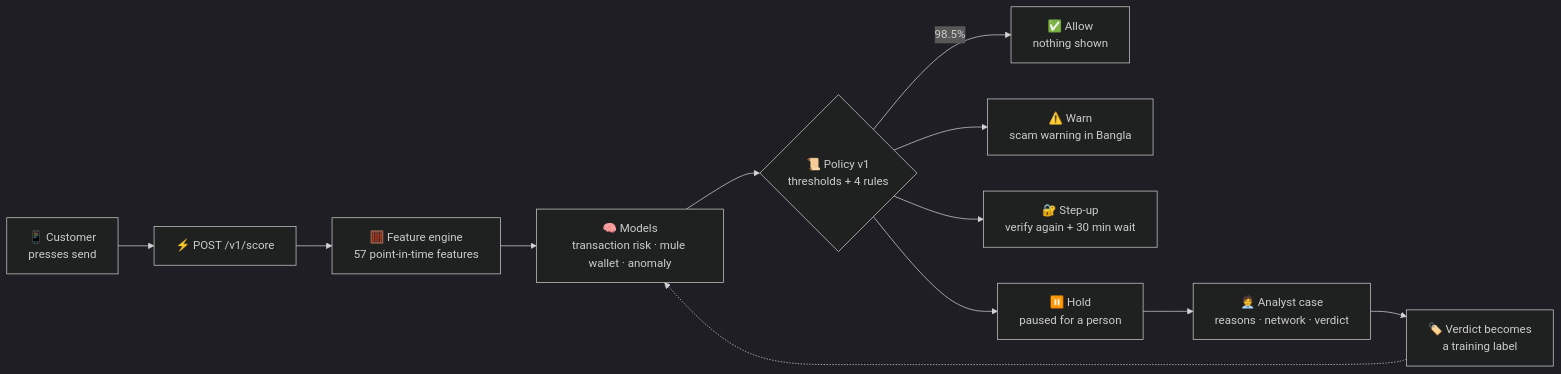
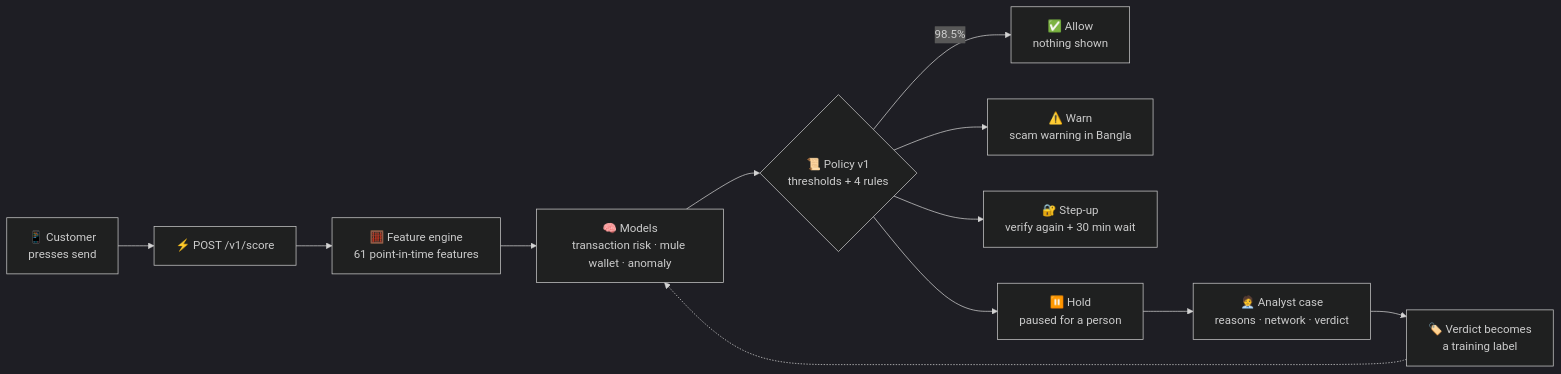
Before and after one commit to 0xdevabir/FraudLens: the first of 7 diagrams in README.md, drawn with Mermaid (dark theme). The commit also changed other lines of this file and 19 other files, not shown here.

````diff
--- a/README.md
+++ b/README.md
@@ -70,14 +70,14 @@
 ```mermaid
 flowchart LR
     A["📱 Customer<br/>presses send"] --> B["⚡ POST /v1/score"]
-    B --> C["🧮 Feature engine<br/>57 point-in-time features"]
+    B --> C["🧮 Feature engine<br/>61 point-in-time features"]
     C --> D["🧠 Models<br/>transaction risk · mule wallet · anomaly"]
     D --> E{"📜 Policy v1<br/>thresholds + 4 rules"}
     E -- "98.5%" --> F["✅ Allow<br/>nothing shown"]
     E --> G["⚠️ Warn<br/>scam warning in Bangla"]
     E --> H["🔐 Step-up<br/>verify again + 30 min wait"]
     E --> I["⏸️ Hold<br/>paused for a person"]
     I --> J["🧑‍💼 Analyst case<br/>reasons · network · verdict"]
     J --> K["🏷️ Verdict becomes<br/>a training label"]
     K -.-> D
 ```
````
